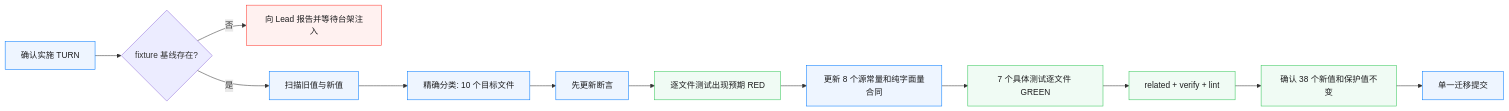
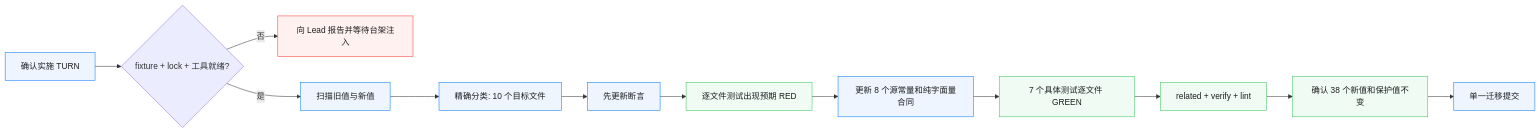
The diagram in engineering/doc/FLY-2832-literal-migration-cell-a/flow.mmd (xrliAnnie/flywheel-qa-sandbox), drawn with Mermaid before and after one commit. The commit also changed 4 other files, not shown here.

```diff
--- a/engineering/doc/FLY-2832-literal-migration-cell-a/flow.mmd
+++ b/engineering/doc/FLY-2832-literal-migration-cell-a/flow.mmd
@@ -1,19 +1,19 @@
 flowchart LR
-  A[确认实施 TURN] --> B{fixture 基线存在?}
+  A[确认实施 TURN] --> B{fixture + lock + 工具就绪?}
   B -- 否 --> C[向 Lead 报告并等待台架注入]
   B -- 是 --> D[扫描旧值与新值]
   D --> E[精确分类: 10 个目标文件]
   E --> F[先更新断言]
   F --> G[逐文件测试出现预期 RED]
   G --> H[更新 8 个源常量和纯字面量合同]
   H --> I[7 个具体测试逐文件 GREEN]
   I --> J[related + verify + lint]
   J --> K[确认 38 个新值和保护值不变]
   K --> L[单一迁移提交]
 
   classDef stop fill:#fff1f0,stroke:#ff3b30,color:#1d1d1f
   classDef action fill:#eef5ff,stroke:#007aff,color:#1d1d1f
   classDef proof fill:#f0fbf4,stroke:#34c759,color:#1d1d1f
   class C stop
   class A,D,E,F,H,L action
   class G,I,J,K proof
```
